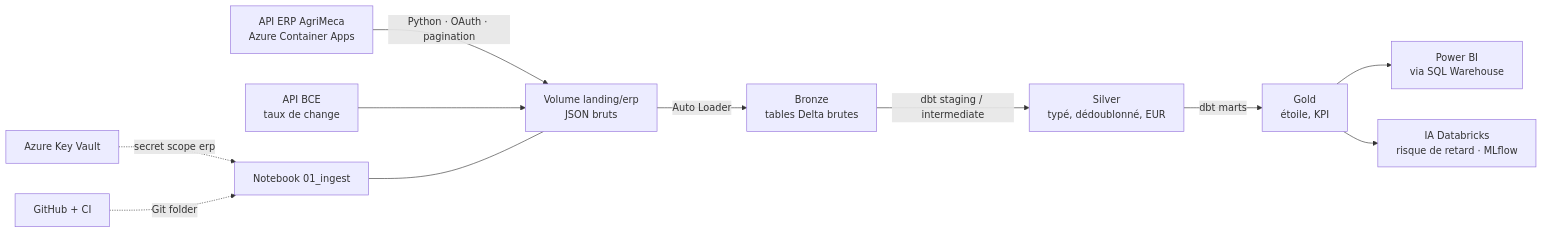
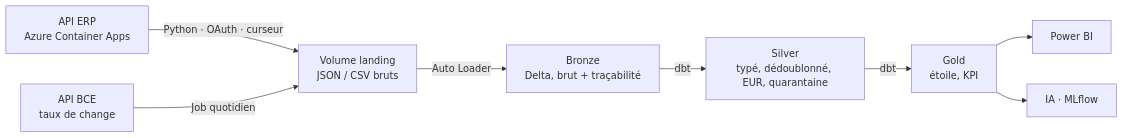
One commit to Randriatahina-concept/agrimeca-supplychain-de changed the diagram in README.md. Above: the diagram before and after it, drawn with Mermaid. The commit also changed other lines of this file, not shown here.

````diff
--- a/README.md
+++ b/README.md
@@ -39,13 +17,10 @@
 ```mermaid
 flowchart LR
-    ERP["API ERP AgriMeca<br/>Azure Container Apps"] -->|Python · OAuth · pagination| VOL["Volume landing/erp<br/>JSON bruts"]
-    BCE["API BCE<br/>taux de change"] --> VOL
-    KV["Azure Key Vault"] -.->|secret scope erp| ING["Notebook 01_ingest"]
-    ING --- VOL
-    VOL -->|Auto Loader| BR["Bronze<br/>tables Delta brutes"]
-    BR -->|dbt staging / intermediate| SV["Silver<br/>typé, dédoublonné, EUR"]
-    SV -->|dbt marts| GD["Gold<br/>étoile, KPI"]
-    GD --> PBI["Power BI<br/>via SQL Warehouse"]
-    GD --> IA["IA Databricks<br/>risque de retard · MLflow"]
-    GH["GitHub + CI"] -.->|Git folder| ING
+    ERP["API ERP<br/>Azure Container Apps"] -->|Python · OAuth · curseur| VOL["Volume landing<br/>JSON / CSV bruts"]
+    BCE["API BCE<br/>taux de change"] -->|Job quotidien| VOL
+    VOL -->|Auto Loader| BR["Bronze<br/>Delta, brut + traçabilité"]
+    BR -->|dbt| SV["Silver<br/>typé, dédoublonné, EUR, quarantaine"]
+    SV -->|dbt| GD["Gold<br/>étoile, KPI"]
+    GD --> PBI["Power BI"]
+    GD --> IA["IA · MLflow"]
 ```
````
